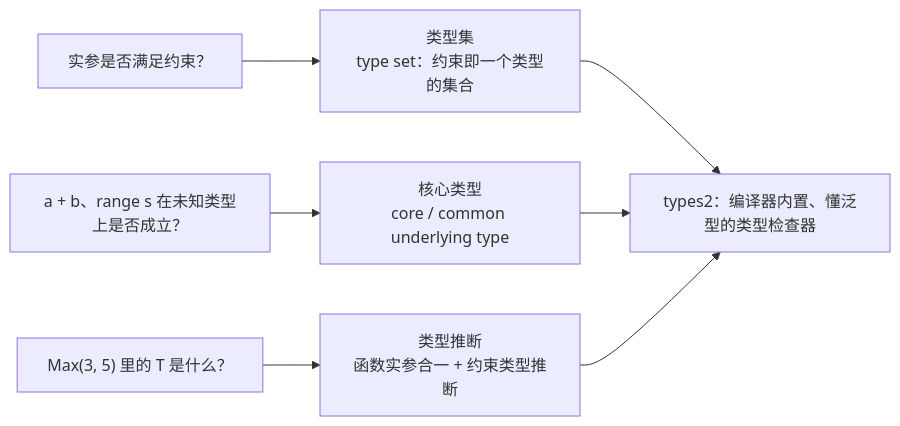
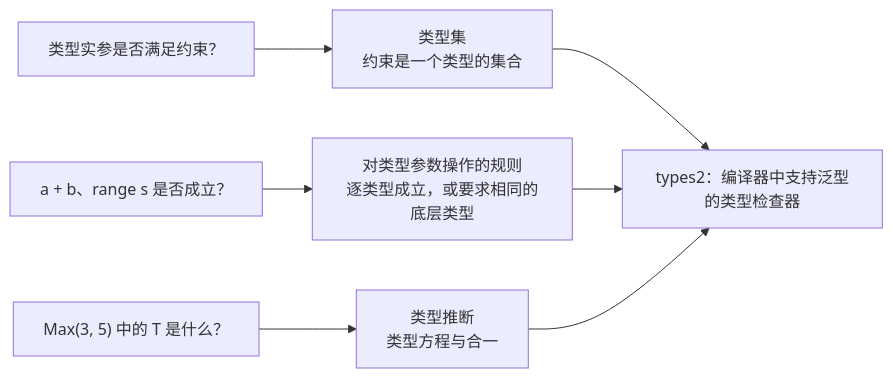
The diagram in book/zh-cn/part2lang/ch08generics/checker.md (golang-design/under-the-hood), drawn with Mermaid before and after one commit. The commit also changed other lines of this file and 4 other files, not shown here.

````diff
--- a/book/zh-cn/part2lang/ch08generics/checker.md
+++ b/book/zh-cn/part2lang/ch08generics/checker.md
@@ -18,9 +15,9 @@
 ```mermaid
 flowchart LR
-    Q1["实参是否满足约束？"] --> T1["类型集<br/>type set：约束即一个类型的集合"]
-    Q2["a + b、range s 在未知类型上是否成立？"] --> T2["核心类型<br/>core / common underlying type"]
-    Q3["Max(3, 5) 里的 T 是什么？"] --> T3["类型推断<br/>函数实参合一 + 约束类型推断"]
-    T1 --> IMPL["types2：编译器内置、懂泛型的类型检查器"]
+    Q1["类型实参是否满足约束？"] --> T1["类型集<br/>约束是一个类型的集合"]
+    Q2["a + b、range s 是否成立？"] --> T2["对类型参数操作的规则<br/>逐类型成立，或要求相同的底层类型"]
+    Q3["Max(3, 5) 中的 T 是什么？"] --> T3["类型推断<br/>类型方程与合一"]
+    T1 --> IMPL["types2：编译器中支持泛型的类型检查器"]
     T2 --> IMPL
     T3 --> IMPL
 ```
````
